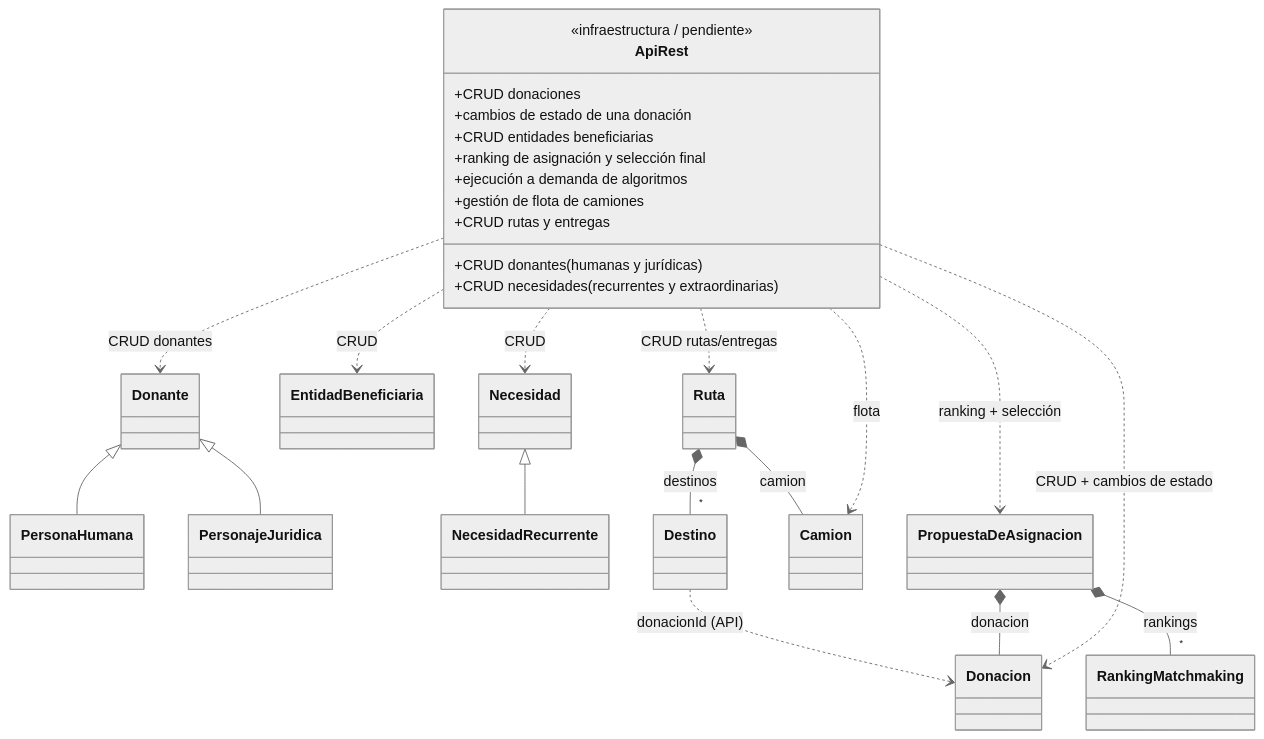
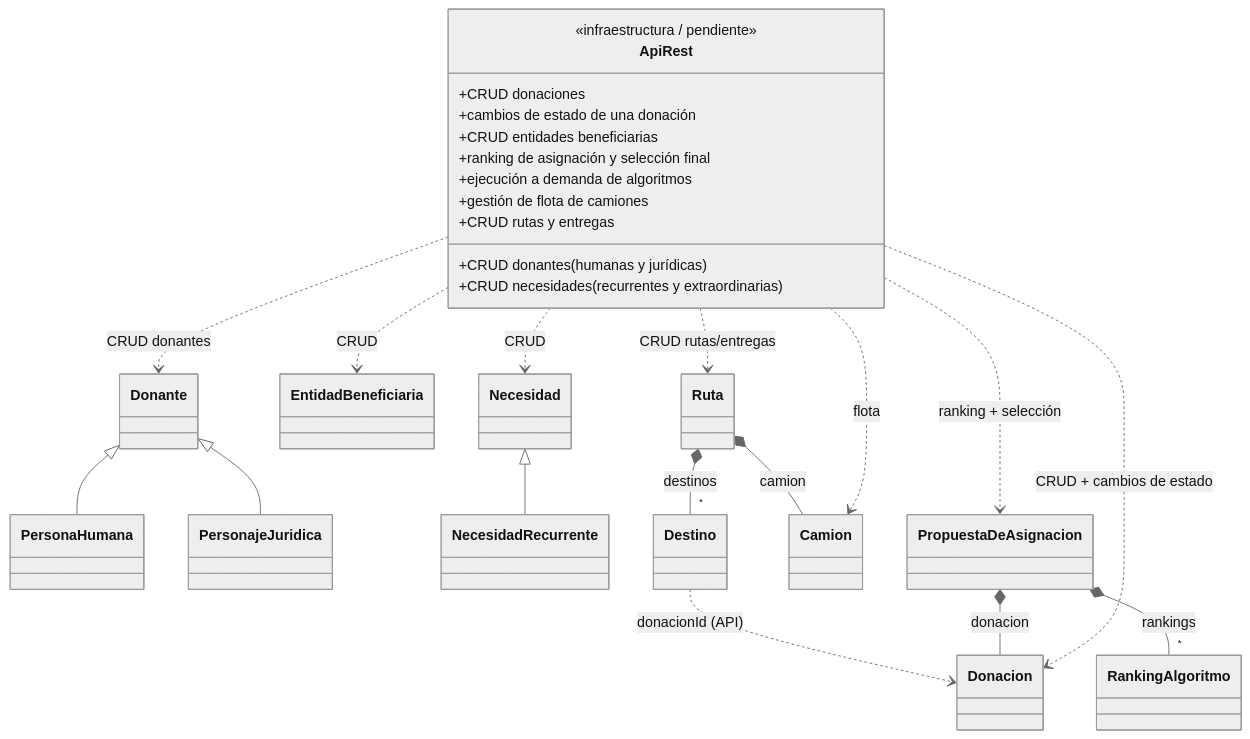
One commit to eonishi/tp-dds-2026-donatrack changed the diagram in docs/diagramas-por-requerimiento/e2-req4-api-rest.mermaid. Above: the diagram before and after it, drawn with Mermaid (neutral theme). The commit also changed 1 other file, not shown here.

Commit message:
docs(diagramas): drop the compound ranking from the matchmaking diagrams
The requirement diagrams still named the removed `AlgoritmoMatchmaking`
interface and `RankingMatchmaking` compound. They now show the abstract
`Algoritmo` with the shared top of ten, and the proposal-level
`RankingAlgoritmo` pairing.

The unified class diagram is left alone: it is issue #40's deliverable.

Covers #25.

```diff
--- a/docs/diagramas-por-requerimiento/e2-req4-api-rest.mermaid
+++ b/docs/diagramas-por-requerimiento/e2-req4-api-rest.mermaid
@@ -1,52 +1,52 @@
 %% ============================================================================
 %% ENTREGA 2 — Requerimiento 4
 %% "El sistema debe permitir la realización de operaciones a través de los
 %%  endpoints solicitados, mediante el desarrollo de una API REST."
 %% Muestra los agregados del dominio que la API expone. La capa de
 %% controladores REST aún no está implementada en el código (dominio puro).
 %% Fragmento mínimo del dominio involucrado.
 %% ============================================================================
 classDiagram
     direction TB
 
     class ApiRest {
         <<infraestructura / pendiente>>
         +CRUD donaciones
         +CRUD donantes (humanas y jurídicas)
         +cambios de estado de una donación
         +CRUD entidades beneficiarias
         +CRUD necesidades (recurrentes y extraordinarias)
         +ranking de asignación y selección final
         +ejecución a demanda de algoritmos
         +gestión de flota de camiones
         +CRUD rutas y entregas
     }
     class Donante
     class PersonaHumana
     class PersonajeJuridica
     class Donacion
     class EntidadBeneficiaria
     class Necesidad
     class NecesidadRecurrente
-    class RankingMatchmaking
+    class RankingAlgoritmo
     class PropuestaDeAsignacion
     class Camion
     class Ruta
     class Destino
 
     Donante <|-- PersonaHumana
     Donante <|-- PersonajeJuridica
     Necesidad <|-- NecesidadRecurrente
     Ruta *-- Camion : camion
     Ruta *-- "*" Destino : destinos
     Destino ..> Donacion : donacionId (API)
     PropuestaDeAsignacion *-- Donacion : donacion
-    PropuestaDeAsignacion *-- "*" RankingMatchmaking : rankings
+    PropuestaDeAsignacion *-- "*" RankingAlgoritmo : rankings
 
     ApiRest ..> Donante : CRUD donantes
     ApiRest ..> Donacion : CRUD + cambios de estado
     ApiRest ..> EntidadBeneficiaria : CRUD
     ApiRest ..> Necesidad : CRUD
     ApiRest ..> PropuestaDeAsignacion : ranking + selección
     ApiRest ..> Camion : flota
     ApiRest ..> Ruta : CRUD rutas/entregas
```
